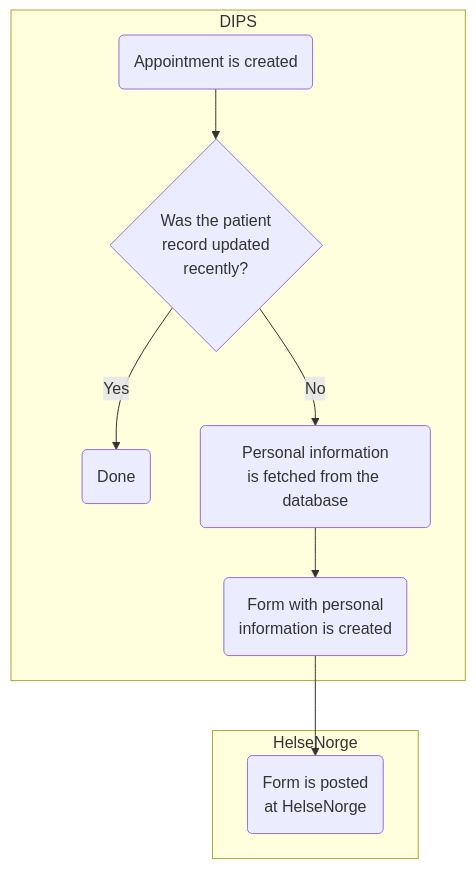
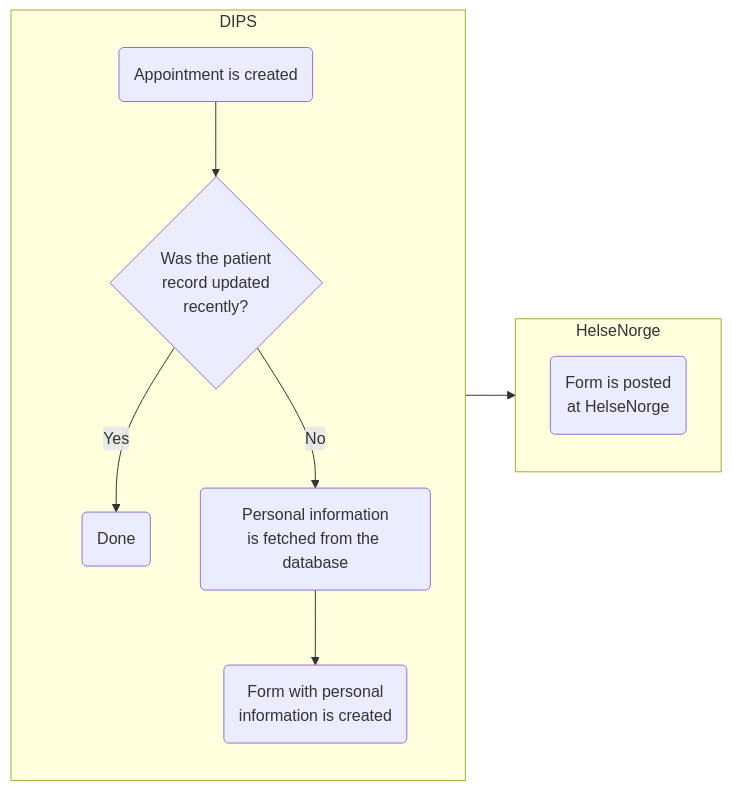
Before and after one commit to oleksii-nikolaienko/Eitri_OpenDIPS: the diagram in Flow.md, drawn with Mermaid.

````diff
--- a/Flow.md
+++ b/Flow.md
@@ -1,12 +1,14 @@
 ```mermaid
-  graph TB;
+  graph LR;
       subgraph DIPS
+      direction TB
         create_appoint(Appointment is created)-->when_updated{Was the patient\nrecord updated\nrecently?};
         when_updated -- Yes --> done(Done);
         when_updated -- No --> fetch_info(Personal information\nis fetched from the database);
         fetch_info --> create_form(Form with personal\ninformation is created);
       end
       subgraph HelseNorge
-        create_form --> post_form(Form is posted\nat HelseNorge)
+      direction TB
+        create_form --> post_form(Form is posted\nat HelseNorge);
       end
 ```
````
